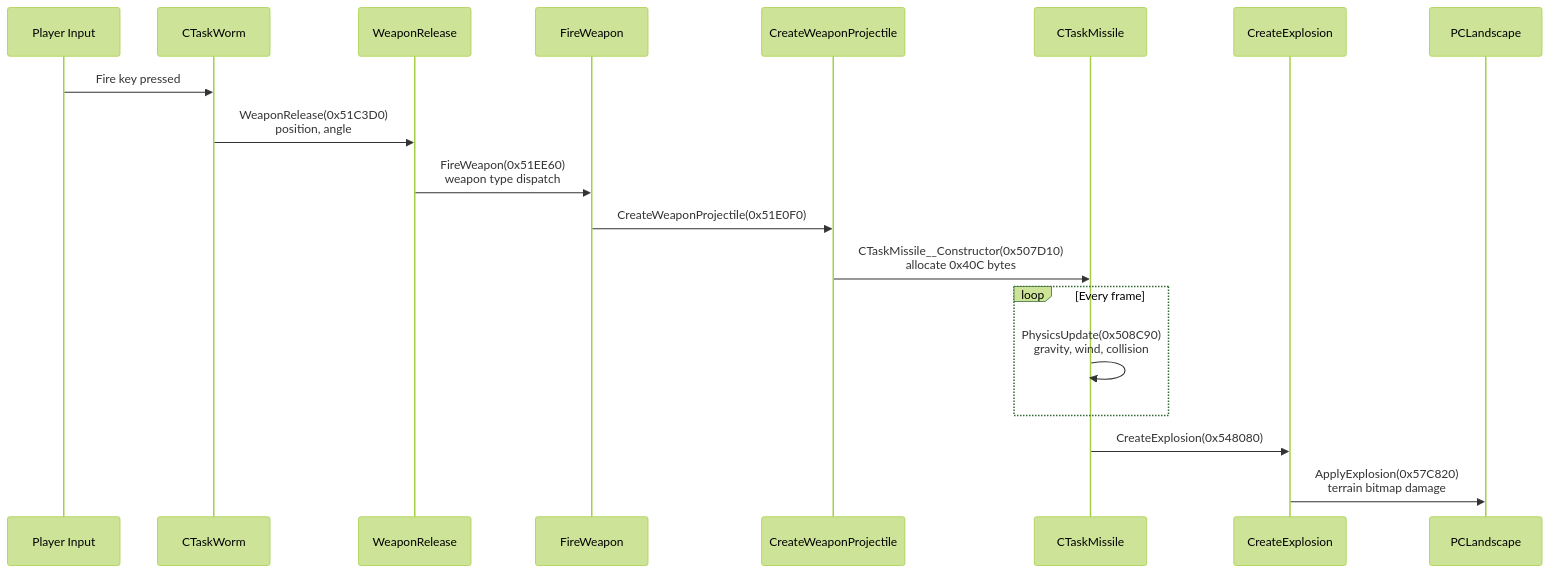
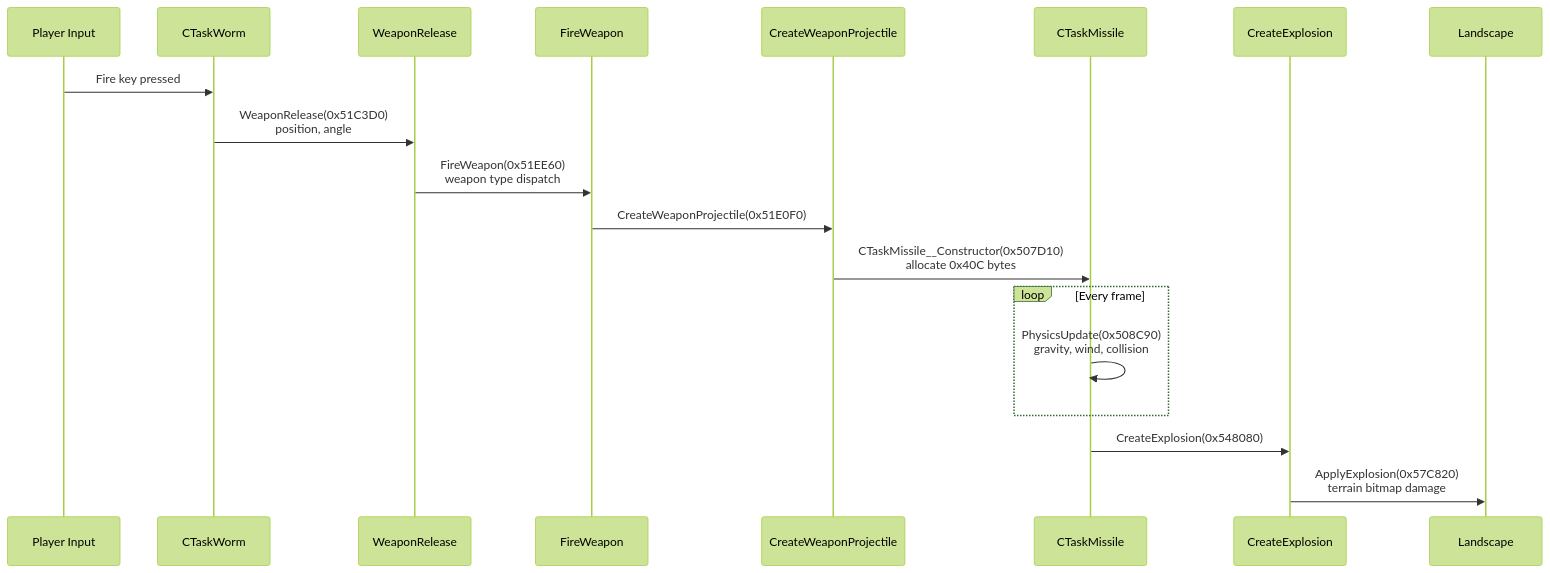
Before and after one commit to paavohuhtala/OpenWA: the second of 2 diagrams in docs/re-notes/weapon-system.md, drawn with Mermaid (forest theme). The commit also changed other lines of this file and 14 other files, not shown here.

Commit message:
chore: rename PCLandscape to Landscape

````diff
--- a/docs/re-notes/weapon-system.md
+++ b/docs/re-notes/weapon-system.md
@@ -35,22 +35,22 @@
 ```mermaid
 sequenceDiagram
     participant P as Player Input
     participant W as CTaskWorm
     participant FR as WeaponRelease
     participant FW as FireWeapon
     participant CW as CreateWeaponProjectile
     participant M as CTaskMissile
     participant E as CreateExplosion
-    participant L as PCLandscape
+    participant L as Landscape
 
     P->>W: Fire key pressed
     W->>FR: WeaponRelease(0x51C3D0)<br/>position, angle
     FR->>FW: FireWeapon(0x51EE60)<br/>weapon type dispatch
     FW->>CW: CreateWeaponProjectile(0x51E0F0)
     CW->>M: CTaskMissile__Constructor(0x507D10)<br/>allocate 0x40C bytes
     loop Every frame
         M->>M: PhysicsUpdate(0x508C90)<br/>gravity, wind, collision
     end
     M->>E: CreateExplosion(0x548080)
     E->>L: ApplyExplosion(0x57C820)<br/>terrain bitmap damage
 ```
````
